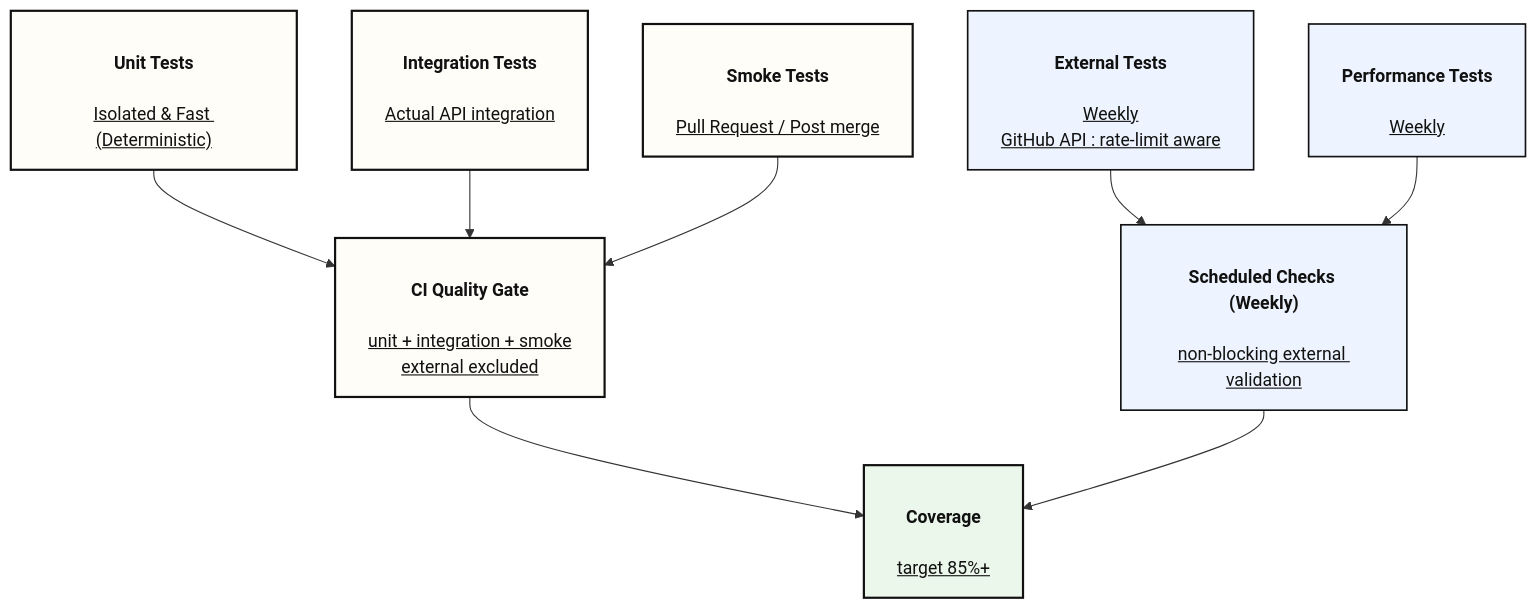
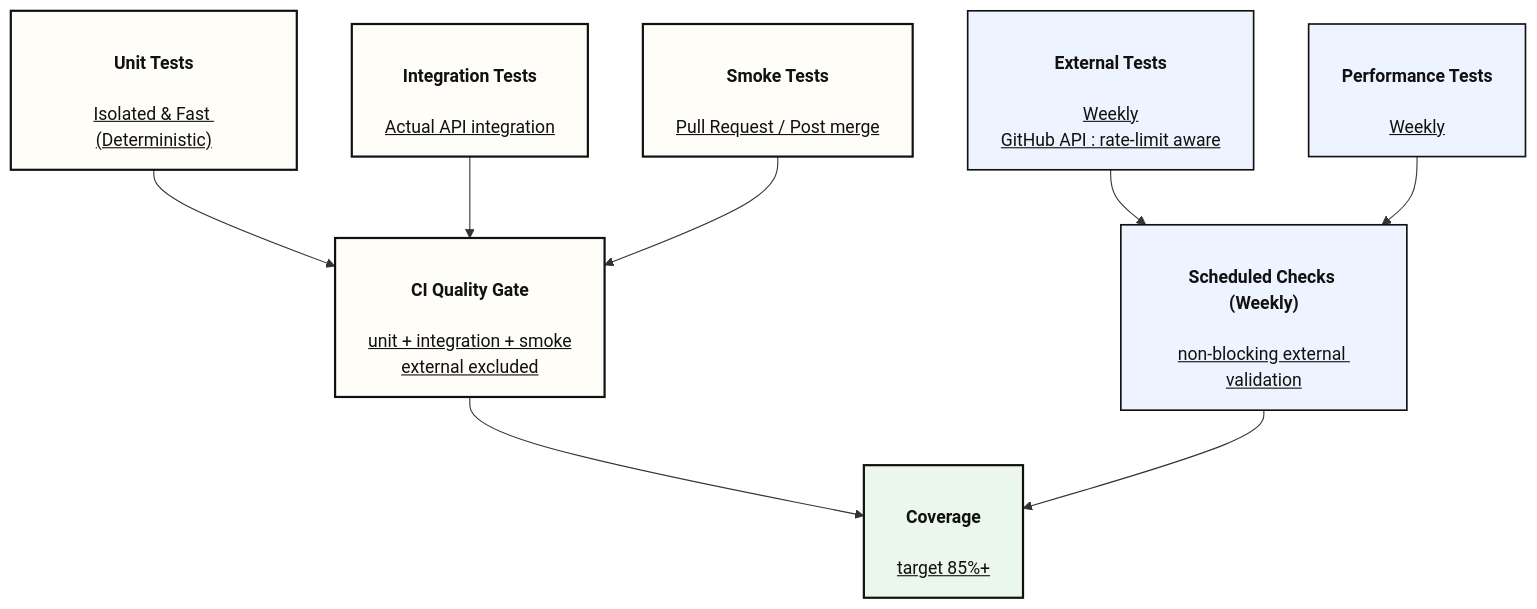
One commit to yaoki-dev/api-test-devops-portfolio changed the third of 4 diagrams in README.md. Above: the diagram before and after it, drawn with Mermaid. The commit also changed other lines of this file, not shown here.

First line of the commit message:
docs(readme): mermaid図ノードの余剰改行を削除し幅を調整

````diff
--- a/README.md
+++ b/README.md
@@ -121,29 +120,28 @@
 ```mermaid
 flowchart TD
     A["<h4>Unit Tests</h4><u>Isolated & Fast (Deterministic)</u>"]
-    B["<h4>Integration Tests</h4><u>Actual API integration</u>
-    <br/>"]
+    B["<h4>Integration Tests</h4><u>Actual API integration</u>"]
     G["<h4>Smoke Tests</h4><u>Pull Request / Post merge</u>"]
 
     A --> C["<h4>CI Quality Gate</h4><u>unit + integration + smoke<br/>external excluded</u>"]
     B --> C
     G --> C
 
     D["<h4>External Tests</h4><u>Weekly<br/>GitHub API : rate-limit aware</u>"]
     F["<h4>Performance Tests</h4><u>Weekly</u>"]
 
     D --> E["<h4>Scheduled Checks (Weekly)</h4><u>non-blocking external validation</u>"]
     F --> E
 
     C --> H["<h4>Coverage</h4><u>target 85%+</u>"]
     E --> H
 
     classDef default fill:#F7F3EA,stroke:#111,stroke-width:1.5px,color:#111;
     classDef key fill:#FFFDF7,stroke:#111,stroke-width:2px,color:#111;
     classDef support fill:#EEF4FF,stroke:#111,stroke-width:1.5px,color:#111;
     classDef metric fill:#EAF7EA,stroke:#111,stroke-width:2px,color:#111;
 
     class A,B,C,G key;
     class D,E,F support;
     class H metric;
 ```
````
